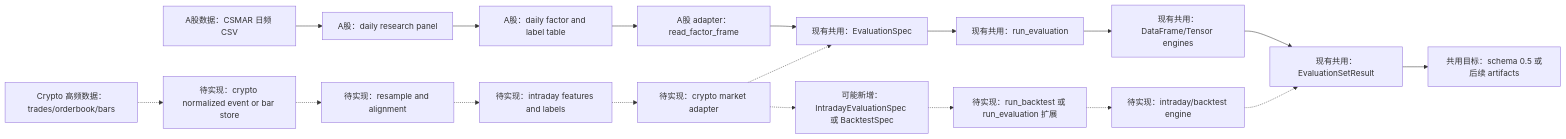
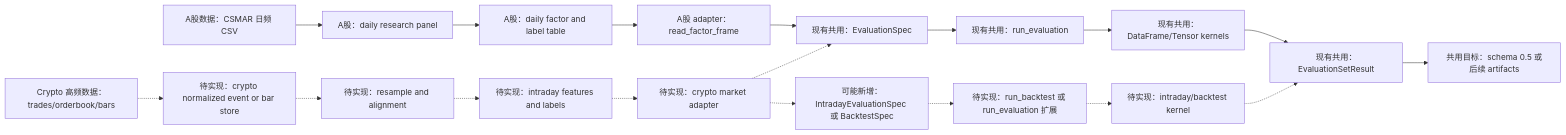
The third of 3 diagrams in docs/code-map/platform-flow.md (Sagiri317/quant-research-platform), drawn with Mermaid before and after one commit. The commit also changed other lines of this file and 310 other files, not shown here.

````diff
--- a/docs/code-map/platform-flow.md
+++ b/docs/code-map/platform-flow.md
@@ -201,41 +202,41 @@
 ```mermaid
 flowchart LR
   raw_a2["A股数据：CSMAR 日频 CSV"]
   panel_a2["A股：daily research panel"]
   factors_a2["A股：daily factor and label table"]
   adapter_a2["A股 adapter：read_factor_frame"]
 
   raw_c["Crypto 高频数据：trades/orderbook/bars"]
   norm_c["待实现：crypto normalized event or bar store"]
   bars_c["待实现：resample and alignment"]
   features_c["待实现：intraday features and labels"]
   adapter_c["待实现：crypto market adapter"]
   spec_c["可能新增：IntradayEvaluationSpec 或 BacktestSpec"]
   future_core["待实现：run_backtest 或 run_evaluation 扩展"]
-  future_engine["待实现：intraday/backtest engine"]
+  future_engine["待实现：intraday/backtest kernel"]
 
   spec_common["现有共用：EvaluationSpec"]
   core_common["现有共用：run_evaluation"]
-  engine_common["现有共用：DataFrame/Tensor engines"]
+  engine_common["现有共用：DataFrame/Tensor kernels"]
   result_common["现有共用：EvaluationSetResult"]
   artifacts_common["共用目标：schema 0.5 或后续 artifacts"]
 
   raw_a2 --> panel_a2
   panel_a2 --> factors_a2
   factors_a2 --> adapter_a2
   adapter_a2 --> spec_common
   spec_common --> core_common
   core_common --> engine_common
   engine_common --> result_common
   result_common --> artifacts_common
 
   raw_c -.-> norm_c
   norm_c -.-> bars_c
   bars_c -.-> features_c
   features_c -.-> adapter_c
   adapter_c -.-> spec_common
   adapter_c -.-> spec_c
   spec_c -.-> future_core
   future_core -.-> future_engine
   future_engine -.-> result_common
 ```
````
